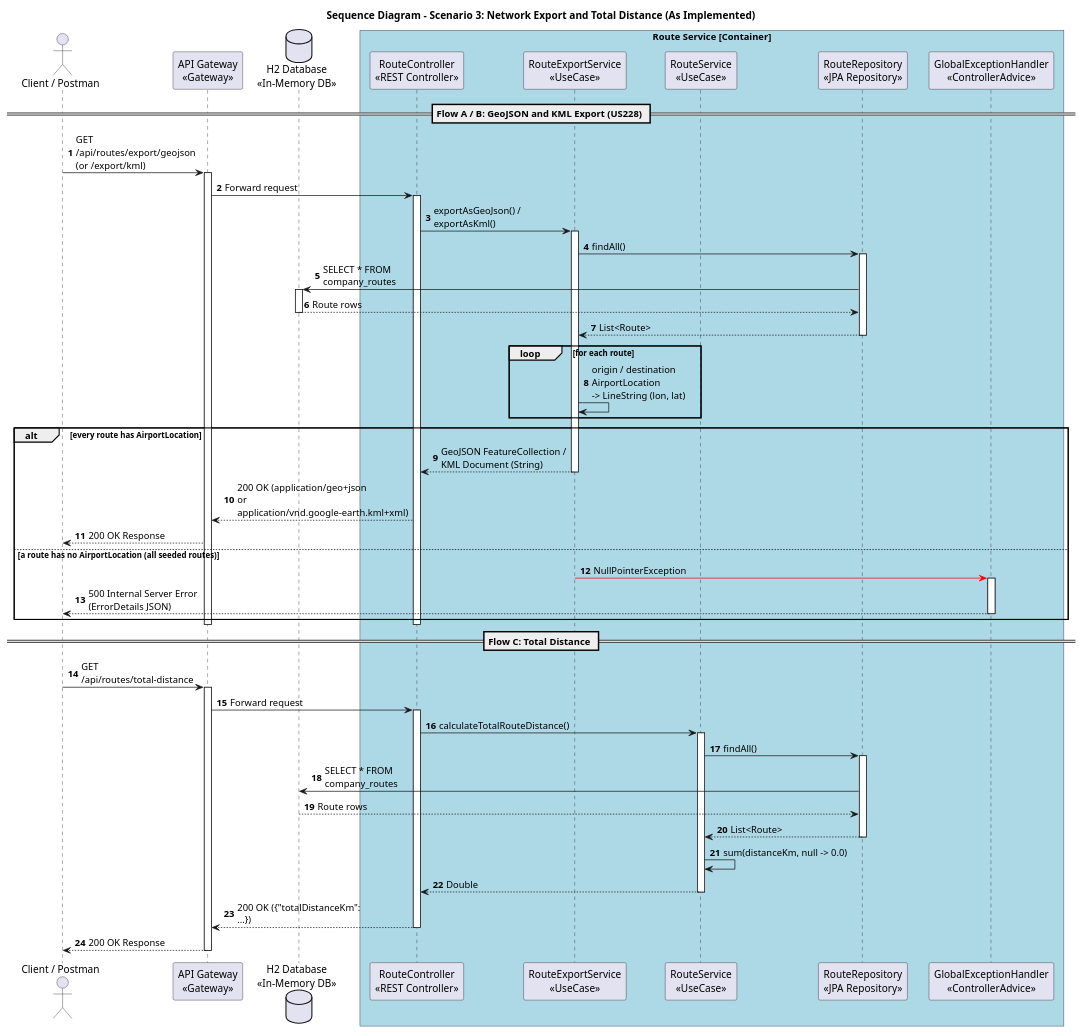
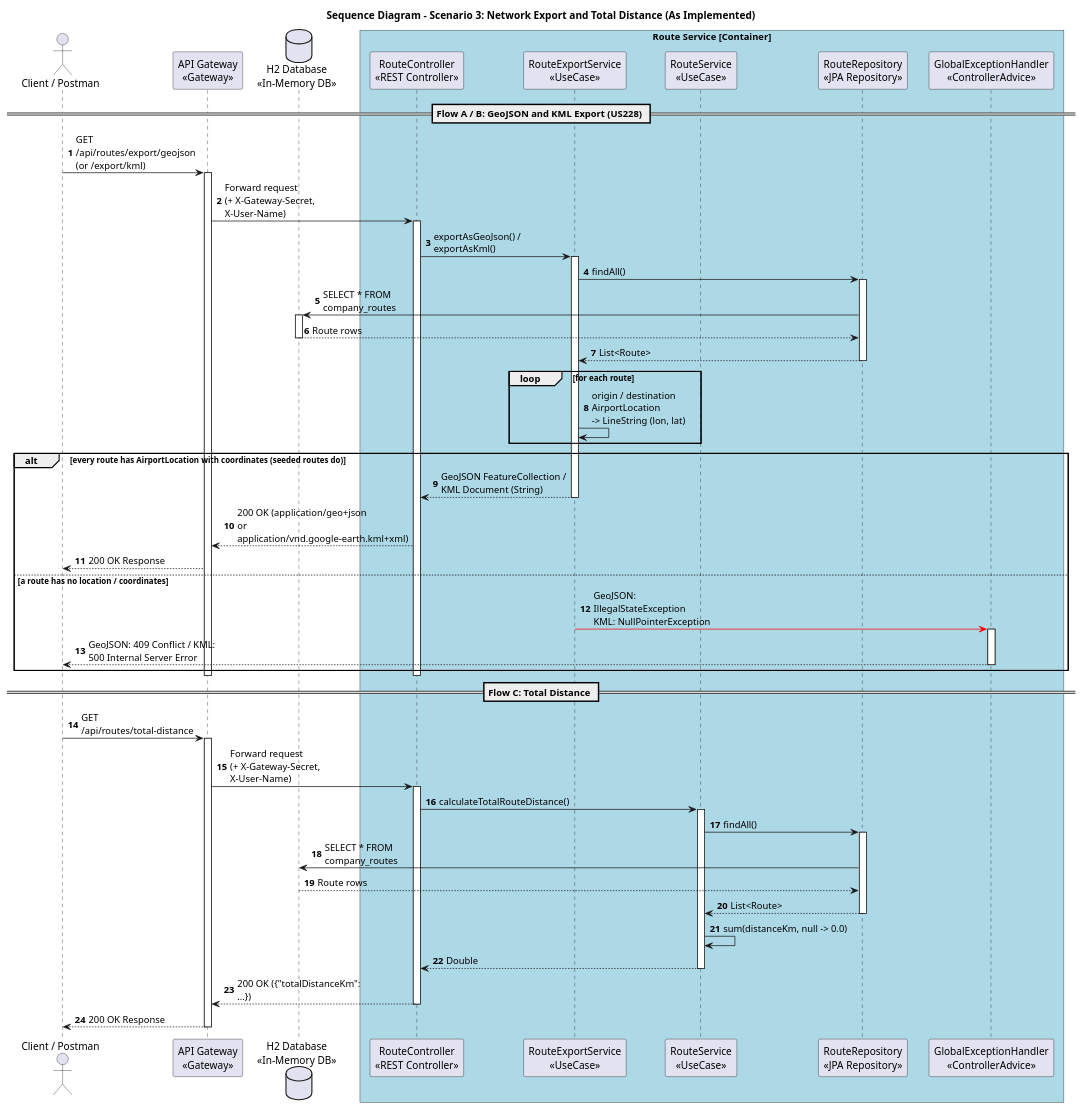
The diagram in route-service/docs/sequence-diagrams/scenario-3-export-network.puml (8126Lucas/SIDIS_G6_3DA), drawn with PlantUML before and after one commit. The commit also changed 52 other files, not shown here.

First line of the commit message:
Enhance API Specification and Architecture Documentation

```diff
--- a/route-service/docs/sequence-diagrams/scenario-3-export-network.puml
+++ b/route-service/docs/sequence-diagrams/scenario-3-export-network.puml
@@ -1,89 +1,89 @@
 @startuml
 skinparam responseMessageBelowArrow true
 skinparam maxMessageSize 180
 skinparam boxPadding 10
 skinparam participantPadding 10
 skinparam shadowing false
 
 title Sequence Diagram - Scenario 3: Network Export and Total Distance (As Implemented)
 
 autonumber
 
 actor "Client / Postman" as client
 participant "API Gateway\n<<Gateway>>" as gateway
 participant "RouteController\n<<REST Controller>>" as controller
 participant "RouteExportService\n<<UseCase>>" as export_uc
 participant "RouteService\n<<UseCase>>" as route_uc
 participant "RouteRepository\n<<JPA Repository>>" as repo
 database "H2 Database\n<<In-Memory DB>>" as db
 participant "GlobalExceptionHandler\n<<ControllerAdvice>>" as exception_handler
 
 box "Route Service [Container]" #LightBlue
     participant controller
     participant export_uc
     participant route_uc
     participant repo
     participant exception_handler
 end box
 
 == Flow A / B: GeoJSON and KML Export (US228) ==
 
 client -> gateway : GET /api/routes/export/geojson\n(or /export/kml)
 activate gateway
-gateway -> controller : Forward request
+gateway -> controller : Forward request\n(+ X-Gateway-Secret, X-User-Name)
 activate controller
 
 controller -> export_uc : exportAsGeoJson() / exportAsKml()
 activate export_uc
 export_uc -> repo : findAll()
 activate repo
 repo -> db : SELECT * FROM company_routes
 activate db
 db --> repo : Route rows
 deactivate db
 repo --> export_uc : List<Route>
 deactivate repo
 
 loop for each route
     export_uc -> export_uc : origin / destination AirportLocation\n-> LineString (lon, lat)
 end
 
-alt every route has AirportLocation
+alt every route has AirportLocation with coordinates (seeded routes do)
     export_uc --> controller : GeoJSON FeatureCollection / KML Document (String)
     deactivate export_uc
     controller --> gateway : 200 OK (application/geo+json\nor application/vnd.google-earth.kml+xml)
     gateway --> client : 200 OK Response
-else a route has no AirportLocation (all seeded routes)
-    export_uc -[#red]> exception_handler : NullPointerException
+else a route has no location / coordinates
+    export_uc -[#red]> exception_handler : GeoJSON: IllegalStateException\nKML: NullPointerException
     activate exception_handler
-    exception_handler --> client : 500 Internal Server Error (ErrorDetails JSON)
+    exception_handler --> client : GeoJSON: 409 Conflict / KML: 500 Internal Server Error
     deactivate exception_handler
 end
 deactivate controller
 deactivate gateway
 
 == Flow C: Total Distance ==
 
 client -> gateway : GET /api/routes/total-distance
 activate gateway
-gateway -> controller : Forward request
+gateway -> controller : Forward request\n(+ X-Gateway-Secret, X-User-Name)
 activate controller
 
 controller -> route_uc : calculateTotalRouteDistance()
 activate route_uc
 route_uc -> repo : findAll()
 activate repo
 repo -> db : SELECT * FROM company_routes
 db --> repo : Route rows
 repo --> route_uc : List<Route>
 deactivate repo
 route_uc -> route_uc : sum(distanceKm, null -> 0.0)
 route_uc --> controller : Double
 deactivate route_uc
 
 controller --> gateway : 200 OK ({"totalDistanceKm": ...})
 deactivate controller
 gateway --> client : 200 OK Response
 deactivate gateway
 
 @enduml
```
